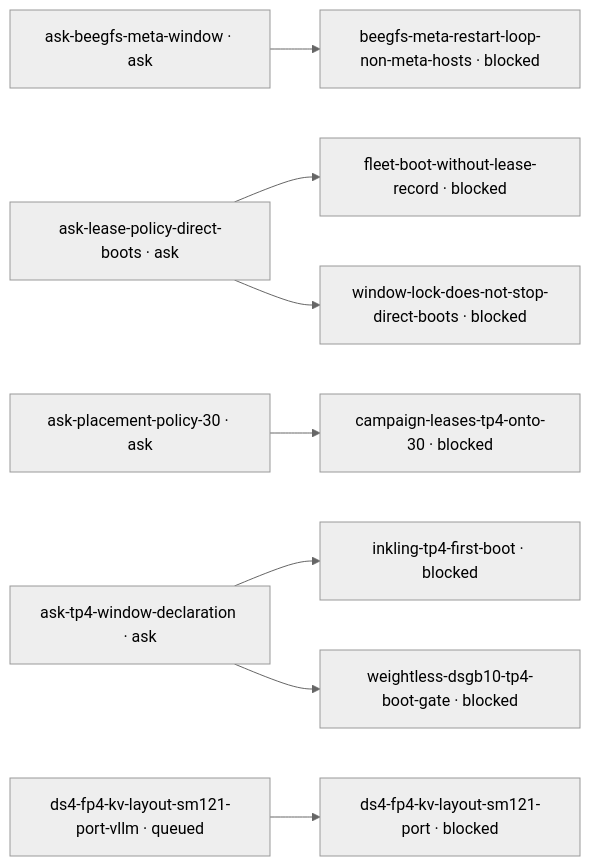
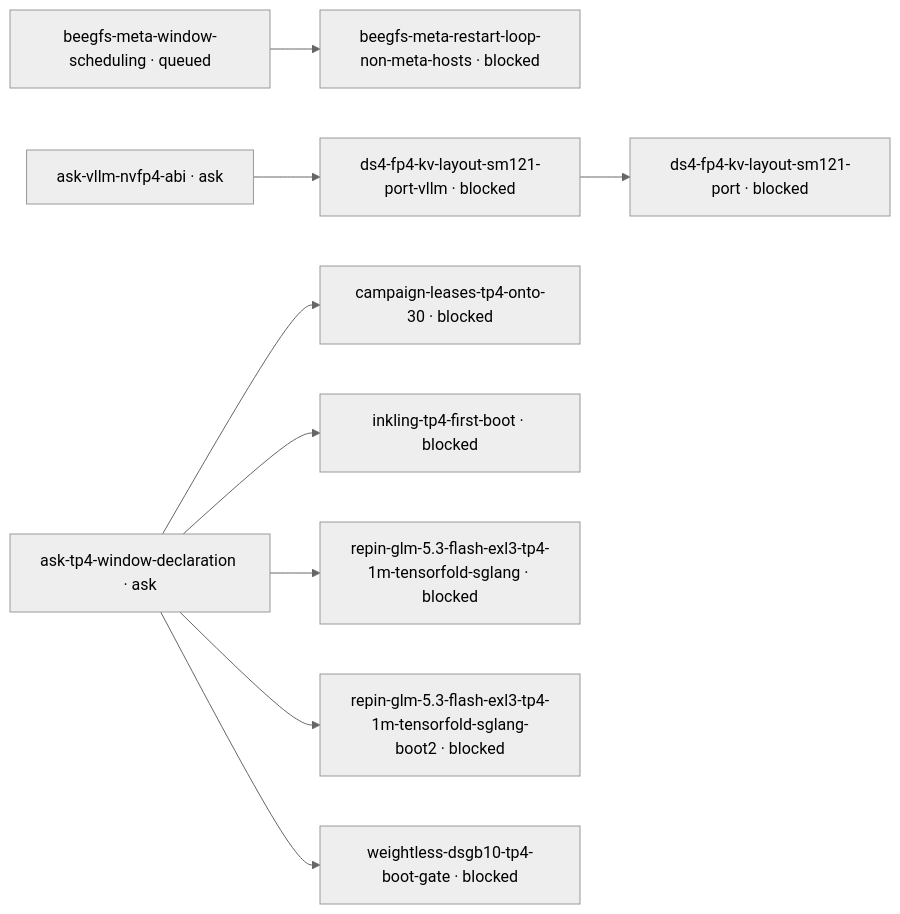
The diagram in mad-science/STATUS.md (littlecedar/sparkrun-recipe-registry), drawn with Mermaid (neutral theme) before and after one commit. The commit also changed other lines of this file, not shown here.

````diff
--- a/mad-science/STATUS.md
+++ b/mad-science/STATUS.md
@@ -22,24 +22,24 @@
 ```mermaid
 flowchart LR
-  %% 7 blocked, 7 edges, 0 prose-gated, 0 question-gated, 0 question, 2 rows not drawn (--all)
-  t1["ask-beegfs-meta-window · ask"]
-  t2["ask-lease-policy-direct-boots · ask"]
-  t3["ask-placement-policy-30 · ask"]
-  t4["ask-tp4-window-declaration · ask"]
-  t5["beegfs-meta-restart-loop-non-meta-hosts · blocked"]
-  t6["campaign-leases-tp4-onto-30 · blocked"]
-  t7["ds4-fp4-kv-layout-sm121-port · blocked"]
-  t8["ds4-fp4-kv-layout-sm121-port-vllm · queued"]
-  t9["fleet-boot-without-lease-record · blocked"]
-  t10["inkling-tp4-first-boot · blocked"]
+  %% 8 blocked, 8 edges, 0 prose-gated, 13 rows not drawn (--all)
+  t1["ask-tp4-window-declaration · ask"]
+  t2["ask-vllm-nvfp4-abi · ask"]
+  t3["beegfs-meta-restart-loop-non-meta-hosts · blocked"]
+  t4["beegfs-meta-window-scheduling · queued"]
+  t5["campaign-leases-tp4-onto-30 · blocked"]
+  t6["ds4-fp4-kv-layout-sm121-port · blocked"]
+  t7["ds4-fp4-kv-layout-sm121-port-vllm · blocked"]
+  t8["inkling-tp4-first-boot · blocked"]
+  t9["repin-glm-5.3-flash-exl3-tp4-1m-tensorfold-sglang · blocked"]
+  t10["repin-glm-5.3-flash-exl3-tp4-1m-tensorfold-sglang-boot2 · blocked"]
   t11["weightless-dsgb10-tp4-boot-gate · blocked"]
-  t12["window-lock-does-not-stop-direct-boots · blocked"]
   t1 --> t5
-  t2 --> t9
-  t2 --> t12
-  t3 --> t6
-  t4 --> t10
-  t4 --> t11
-  t8 --> t7
+  t1 --> t8
+  t1 --> t9
+  t1 --> t10
+  t1 --> t11
+  t2 --> t7
+  t4 --> t3
+  t7 --> t6
   classDef no-recorded-edge stroke-dasharray: 4 3
 ```
````
